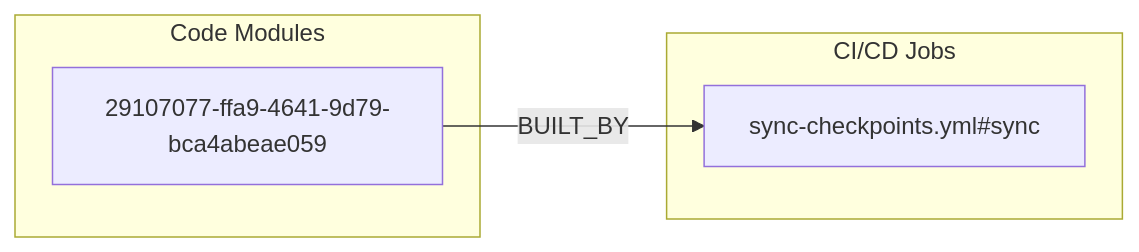
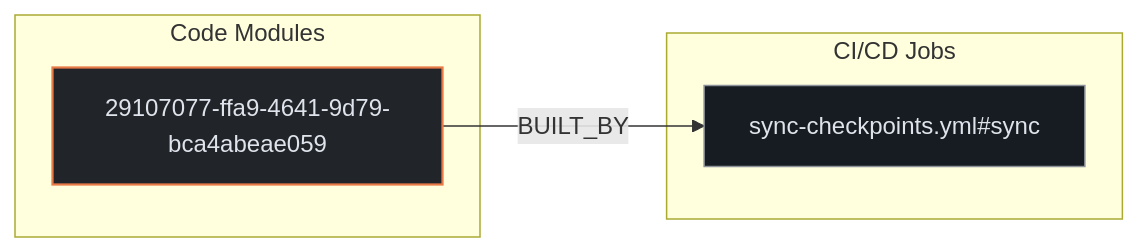
One commit to kumarshaz/atruss-code-atlas changed the second of 3 diagrams in exports/latest/reports/langfuse-langfuse-workshop-report.md. Above: the diagram before and after it, drawn with Mermaid. The commit also changed other lines of this file and 331 other files, not shown here.

Commit message:
docs,ui,fix: update SDLC docs, reorder CI/CD DAG first, stylize Mermaid, and fix Arc42 pipeline topology

````diff
--- a/exports/latest/reports/langfuse-langfuse-workshop-report.md
+++ b/exports/latest/reports/langfuse-langfuse-workshop-report.md
@@ -122,10 +129,14 @@
 ```mermaid
 flowchart LR
+    classDef atlasCategory fill:#212428,stroke:#E87A48,stroke-width:1.5px,color:#dfe3eb
+    classDef atlasWorkflow fill:#1b2026,stroke:#a3c9ff,stroke-width:1.5px,color:#dfe3eb
+    classDef atlasJob fill:#171c22,stroke:#8d9199,stroke-width:1px,color:#dfe3eb
+    classDef atlasTarget fill:#005227,stroke:#8bd99b,stroke-width:1.5px,color:#a7f6b6
     subgraph code_modules["Code Modules"]
-        mod_29107077_ffa9_4641_9d79_bca4abeae059["29107077-ffa9-4641-9d79-bca4abeae059"]
+        mod_29107077_ffa9_4641_9d79_bca4abeae059["29107077-ffa9-4641-9d79-bca4abeae059"]:::atlasCategory
     end
     subgraph ci_jobs["CI/CD Jobs"]
-        job_sync_checkpoints_yml_sync["sync-checkpoints.yml#sync"]
+        job_sync_checkpoints_yml_sync["sync-checkpoints.yml#sync"]:::atlasJob
     end
     mod_29107077_ffa9_4641_9d79_bca4abeae059 -->|BUILT_BY| job_sync_checkpoints_yml_sync
 ```
````
